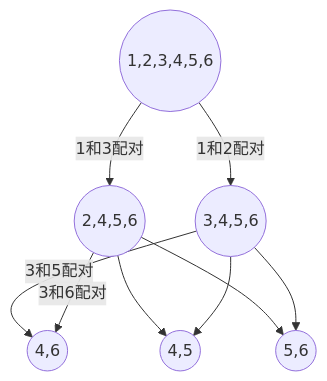
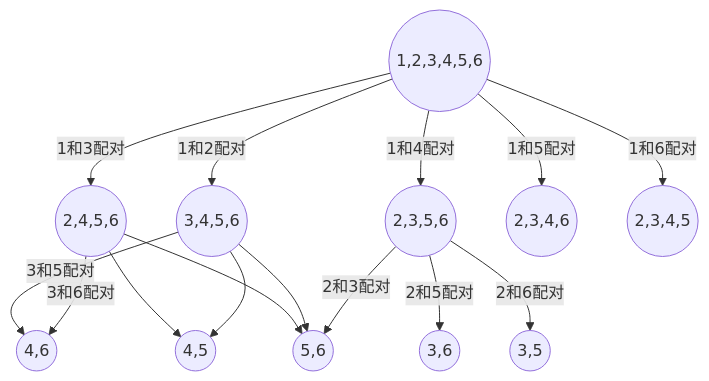
The third of 3 diagrams in C-C++/algorithembook/AlgorithmCompetitionBeginnersClassicTrainingGuide/README.MD (zeerre/PLC), drawn with Mermaid before and after one commit.

Commit message:
Update the master.comp branch

````diff
--- a/C-C++/algorithembook/AlgorithmCompetitionBeginnersClassicTrainingGuide/README.MD
+++ b/C-C++/algorithembook/AlgorithmCompetitionBeginnersClassicTrainingGuide/README.MD
@@ -2039,13 +2039,19 @@
 ```mermaid
 graph TD
 	  A((1,2,3,4,5,6))--1和2配对-->B((3,4,5,6));
 	  B--3和5配对-->C((4,6));
 	  A--1和3配对-->B1((2,4,5,6));
 	  B1-->C1((4,5));
 	  B1--3和6配对-->C;
 	  B-->C1;
 	  B1-->C2((5,6));
 	  B-->C2;
+	  A--1和4配对-->B2((2,3,5,6));
+	  B2--2和3配对-->C2;
+	  B2--2和5配对-->C3((3,6));
+	  B2--2和6配对-->C4((3,5));
+	  A--1和5配对-->B3((2,3,4,6));
+	  A--1和6配对-->B4((2,3,4,5));
 	  
 	  
 ```
````
